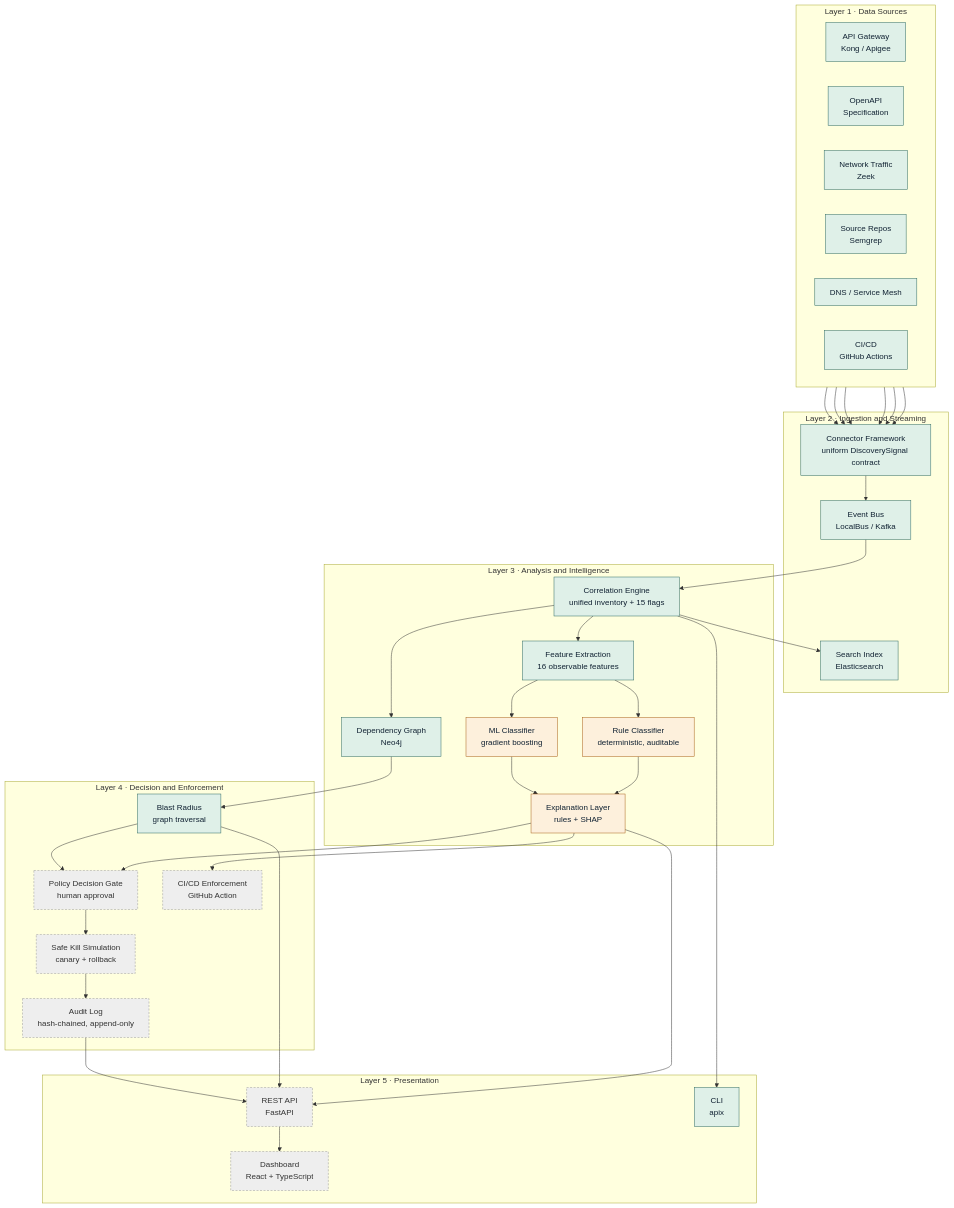
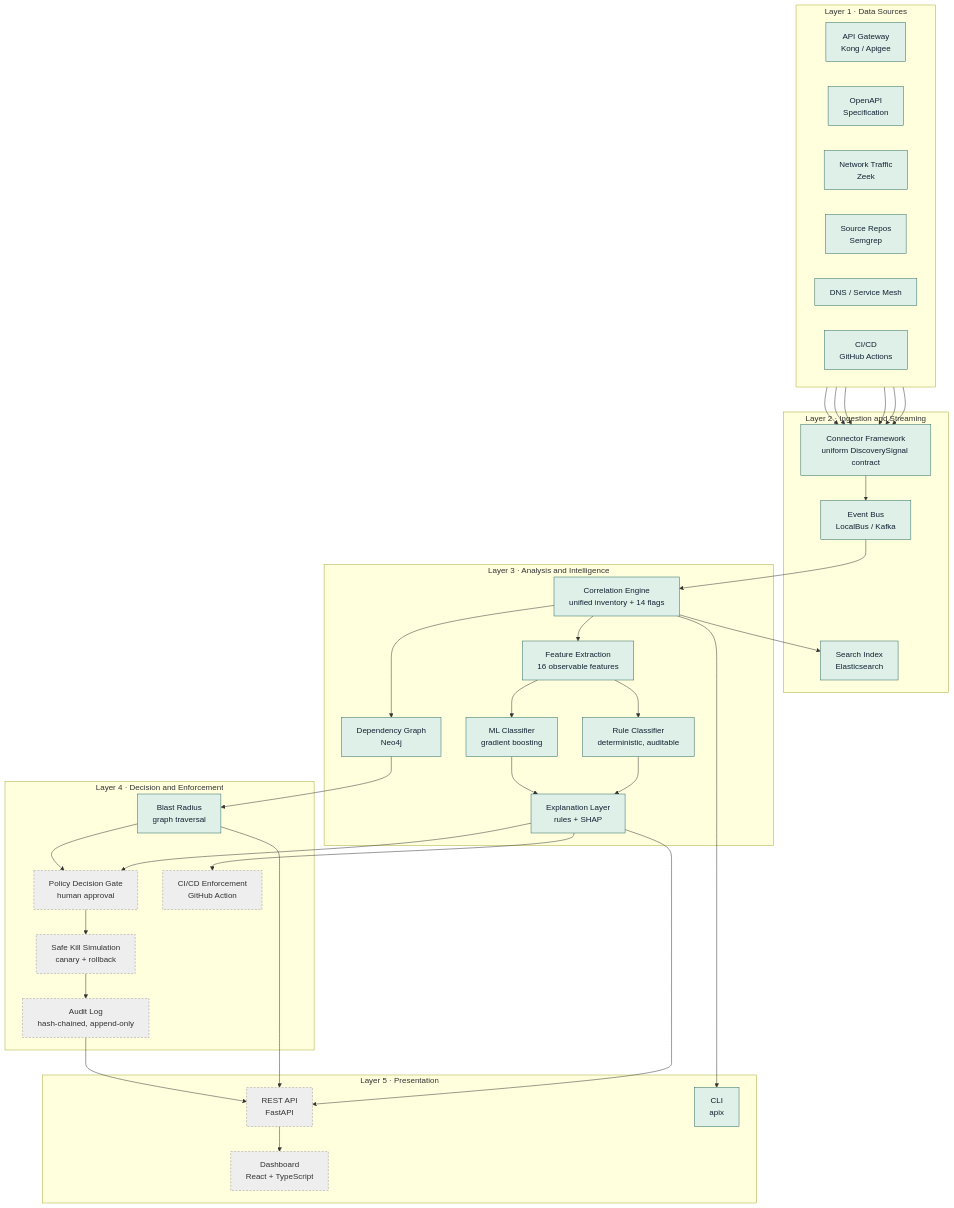
One commit to shivanshjindal28/api-exorcist changed the first of 10 diagrams in docs/design-document.md. Above: the diagram before and after it, drawn with Mermaid. The commit also changed other lines of this file and 21 other files, not shown here.

````diff
--- a/docs/design-document.md
+++ b/docs/design-document.md
@@ -37,62 +37,62 @@
 ```mermaid
 flowchart TB
     subgraph L1["Layer 1 · Data Sources"]
         direction LR
         GW["API Gateway<br/>Kong / Apigee"]
         SPEC["OpenAPI<br/>Specification"]
         TRAF["Network Traffic<br/>Zeek"]
         CODE["Source Repos<br/>Semgrep"]
         DNS["DNS / Service Mesh"]
         CICD["CI/CD<br/>GitHub Actions"]
     end
 
     subgraph L2["Layer 2 · Ingestion and Streaming"]
         CONN["Connector Framework<br/>uniform DiscoverySignal contract"]
         BUS["Event Bus<br/>LocalBus / Kafka"]
         SINK["Search Index<br/>Elasticsearch"]
     end
 
     subgraph L3["Layer 3 · Analysis and Intelligence"]
-        CORR["Correlation Engine<br/>unified inventory + 15 flags"]
+        CORR["Correlation Engine<br/>unified inventory + 14 flags"]
         FEAT["Feature Extraction<br/>16 observable features"]
         RULES["Rule Classifier<br/>deterministic, auditable"]
         ML["ML Classifier<br/>gradient boosting"]
         XAI["Explanation Layer<br/>rules + SHAP"]
         GRAPH["Dependency Graph<br/>Neo4j"]
     end
 
     subgraph L4["Layer 4 · Decision and Enforcement"]
         BLAST["Blast Radius<br/>graph traversal"]
         GATE["Policy Decision Gate<br/>human approval"]
         KILL["Safe Kill Simulation<br/>canary + rollback"]
         AUDIT["Audit Log<br/>hash-chained, append-only"]
         ENF["CI/CD Enforcement<br/>GitHub Action"]
     end
 
     subgraph L5["Layer 5 · Presentation"]
         API["REST API<br/>FastAPI"]
         UI["Dashboard<br/>React + TypeScript"]
         CLI["CLI<br/>apix"]
     end
 
     GW & SPEC & TRAF & CODE & DNS & CICD --> CONN
     CONN --> BUS --> CORR
     CORR --> SINK
     CORR --> FEAT --> RULES --> XAI
     FEAT --> ML --> XAI
     CORR --> GRAPH --> BLAST
     XAI --> GATE
     BLAST --> GATE
     GATE --> KILL --> AUDIT
     XAI --> ENF
     XAI & BLAST & AUDIT --> API
     API --> UI
     CORR --> CLI
 
     classDef done fill:#dff0e8,stroke:#2F6B63,color:#123
     classDef wip  fill:#fdf0dc,stroke:#A9631B,color:#123
     classDef todo fill:#eeeeee,stroke:#999,color:#333,stroke-dasharray:4 3
     class GW,SPEC,TRAF,CODE,DNS,CICD,CONN,BUS,SINK,CORR,FEAT,CLI,GRAPH,BLAST done
-    class RULES,ML,XAI wip
+    class RULES,ML,XAI done
     class GATE,KILL,AUDIT,ENF,API,UI todo
 ```
````
